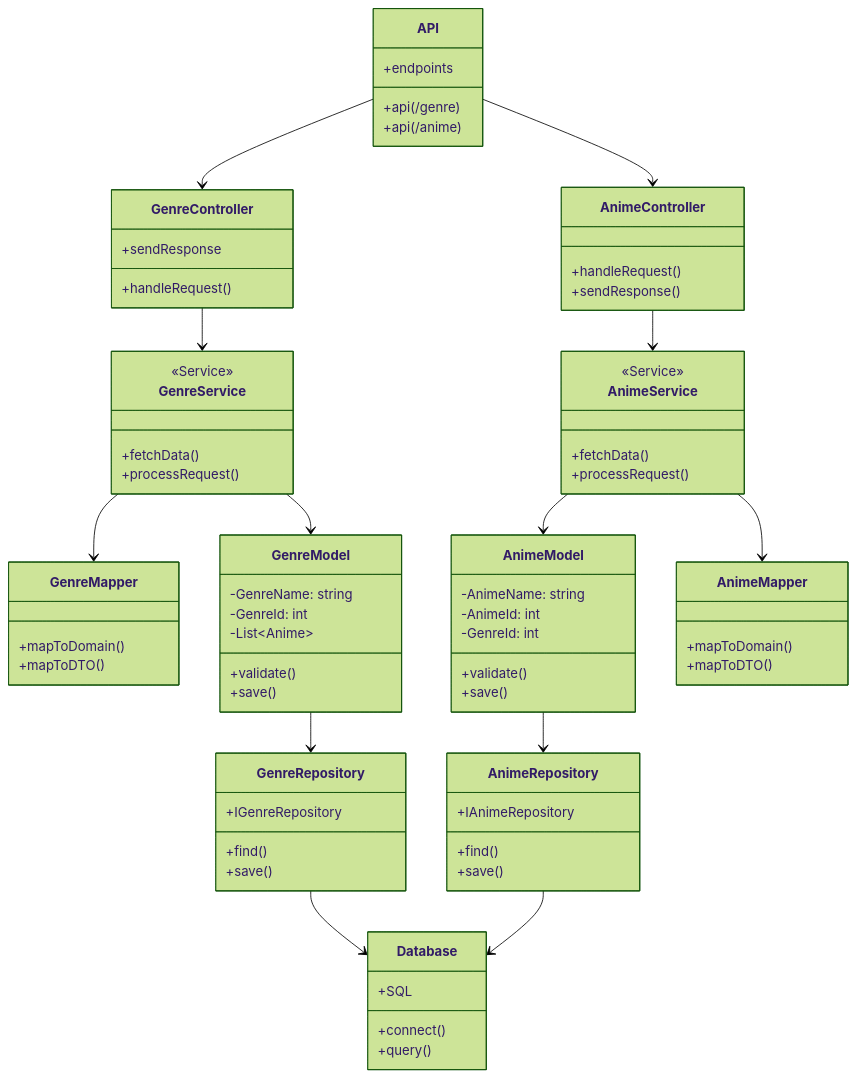
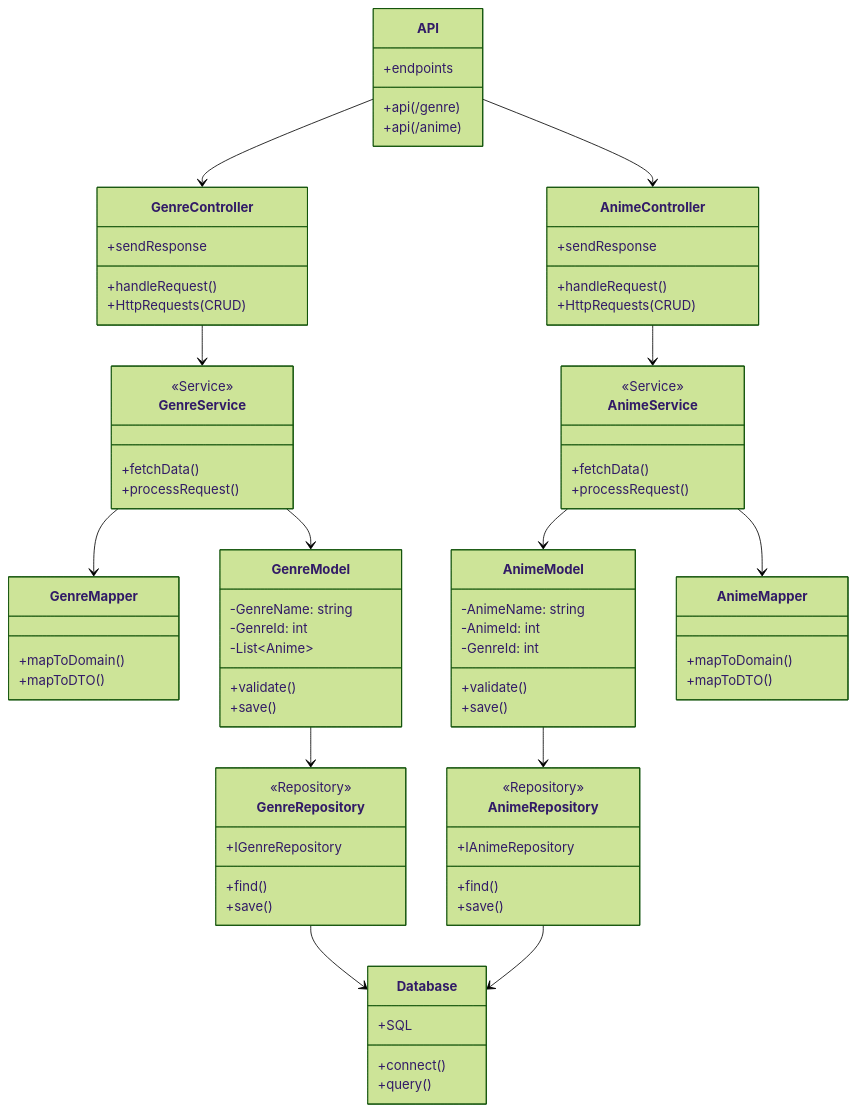
One commit to Katelli/Project-anime changed the diagram in README.md. Above: the diagram before and after it, drawn with Mermaid (forest theme).

Commit message:
Minor changes to the diagram

```diff
--- a/README.md
+++ b/README.md
@@ -19,6 +19,7 @@
     }
     class GenreController {
         +handleRequest()
+        +HttpRequests(CRUD)
         +sendResponse
     }
     API --> GenreController
@@ -46,6 +47,7 @@
     GenreService --> GenreModel
 
     class GenreRepository {
+        <<Repository>>
         +IGenreRepository
         +find()
         +save()
@@ -54,7 +56,8 @@
 
     class AnimeController {
         +handleRequest()
-        +sendResponse()
+        +HttpRequests(CRUD)
+        +sendResponse
     }
     API --> AnimeController
 
@@ -81,6 +84,7 @@
     AnimeService --> AnimeMapper
 
     class AnimeRepository {
+        <<Repository>>
         +IAnimeRepository
         +find()
         +save()
```
